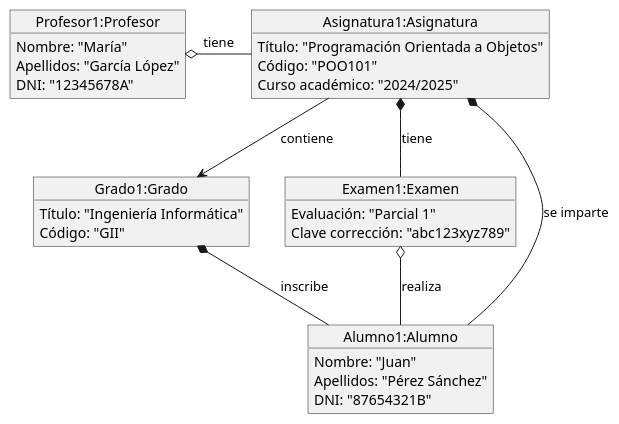
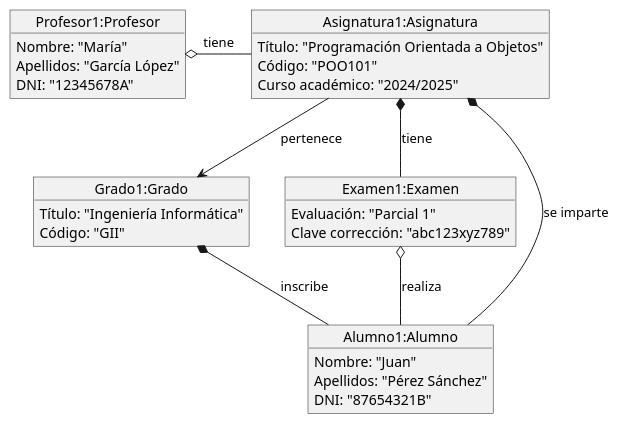
The diagram in documents/modelos/diagramas/diagramaObjetos/diagramaObjetosParcial3/diagramaObjetos.puml (martinlopez7/25-26-IdSw1-SdR), drawn with PlantUML before and after one commit. The commit also changed 3 other files, not shown here.

```diff
--- a/documents/modelos/diagramas/diagramaObjetos/diagramaObjetosParcial3/diagramaObjetos.puml
+++ b/documents/modelos/diagramas/diagramaObjetos/diagramaObjetosParcial3/diagramaObjetos.puml
@@ -1,43 +1,43 @@
 @startuml
 
 top to bottom direction
 
 object "Profesor1:Profesor" as prof1 {
   Nombre: "María"
   Apellidos: "García López"
   DNI: "12345678A"
 }
 
 object "Asignatura1:Asignatura" as asig1 {
   Título: "Programación Orientada a Objetos"
   Código: "POO101"
   Curso académico: "2024/2025"
 }
 
 object "Grado1:Grado" as grado1 {
   Título: "Ingeniería Informática"
   Código: "GII"
 }
 
 object "Examen1:Examen" as exam1 {
   Evaluación: "Parcial 1"
   Clave corrección: "abc123xyz789"
 }
 
 object "Alumno1:Alumno" as alum1 {
   Nombre: "Juan"
   Apellidos: "Pérez Sánchez"
   DNI: "87654321B"
 }
 
 asig1 *-- exam1 : tiene
-asig1 --> grado1 : contiene
+asig1 --> grado1 : pertenece
 asig1 *-- alum1 : se imparte
 grado1 *-- alum1 : inscribe
 prof1 o-- asig1 : tiene
 exam1 o-- alum1 : realiza
 
 prof1 -[hidden]right-> asig1
 grado1 -[hidden]right-> exam1
 
 @enduml
```
